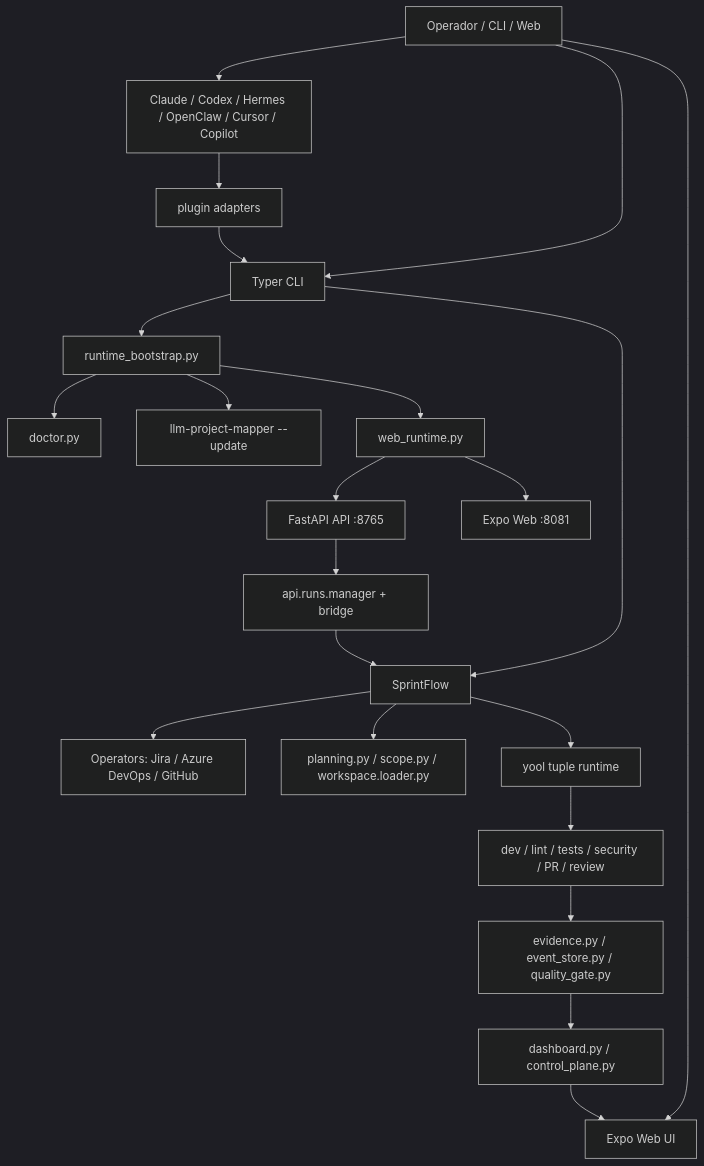
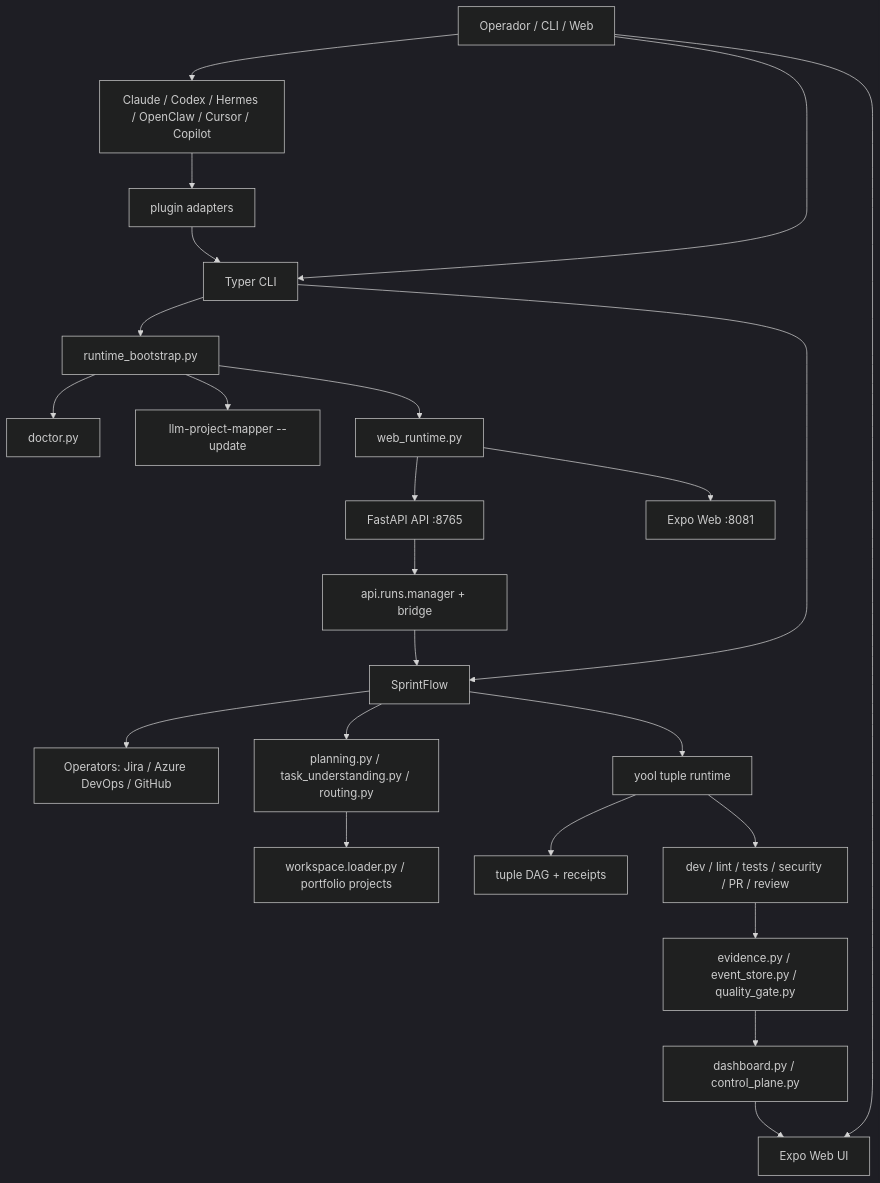
One commit to wesleysimplicio/simplicio-sprint changed the first of 2 diagrams in SENDSPRINT_FLOW_MAP.md. Above: the diagram before and after it, drawn with Mermaid (dark theme). The commit also changed other lines of this file and 46 other files, not shown here.

First line of the commit message:
﻿feat: add portfolio-aware sprint routing

````diff
--- a/SENDSPRINT_FLOW_MAP.md
+++ b/SENDSPRINT_FLOW_MAP.md
@@ -102,26 +102,28 @@
 ```mermaid
 flowchart TD
     U["Operador / CLI / Web"] --> HOST["Claude / Codex / Hermes / OpenClaw / Cursor / Copilot"]
     HOST --> PLUG["plugin adapters"]
     PLUG --> CLI["Typer CLI"]
     U --> CLI["Typer CLI"]
     U --> WEB["Expo Web UI"]
     CLI --> BOOT["runtime_bootstrap.py"]
     BOOT --> DOC["doctor.py"]
     BOOT --> MAP["llm-project-mapper --update"]
     BOOT --> LOCAL["web_runtime.py"]
     LOCAL --> API["FastAPI API :8765"]
     LOCAL --> UI["Expo Web :8081"]
 
     CLI --> FLOW["SprintFlow"]
     FLOW --> OP["Operators: Jira / Azure DevOps / GitHub"]
-    FLOW --> PLAN["planning.py / scope.py / workspace.loader.py"]
+    FLOW --> PLAN["planning.py / task_understanding.py / routing.py"]
+    PLAN --> WORKSPACE["workspace.loader.py / portfolio projects"]
     FLOW --> TUPLE["yool tuple runtime"]
+    TUPLE --> DAG["tuple DAG + receipts"]
     TUPLE --> AGENTS["dev / lint / tests / security / PR / review"]
     AGENTS --> EVID["evidence.py / event_store.py / quality_gate.py"]
     EVID --> DASH["dashboard.py / control_plane.py"]
 
     API --> RUNS["api.runs.manager + bridge"]
     RUNS --> FLOW
     DASH --> WEB
 ```
````
